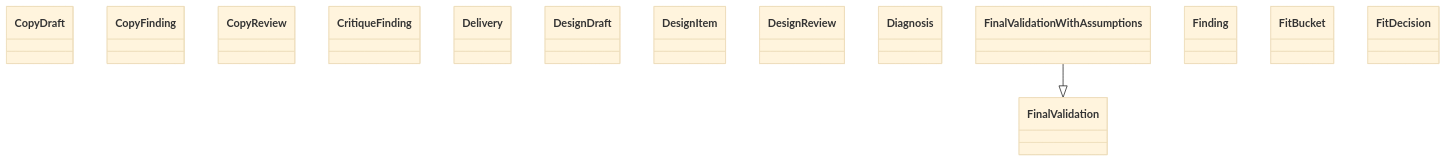
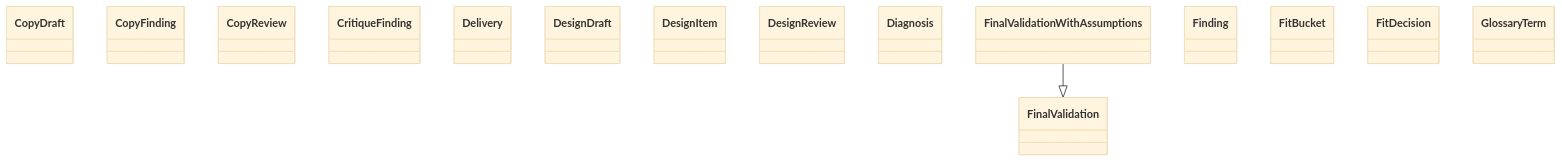
Before and after one commit to GonzaloZevallos/agentic-system: the diagram in docs/architecture/generated/classes-process-domain-roles-2.md, drawn with Mermaid (base theme). The commit also changed other lines of this file and 4 other files, not shown here.

Commit message:
Regenerate the roles class diagrams and format the schema test

````diff
--- a/docs/architecture/generated/classes-process-domain-roles-2.md
+++ b/docs/architecture/generated/classes-process-domain-roles-2.md
@@ -27,18 +27,19 @@
 ```mermaid
 classDiagram
     class schemas__CopyDraft["CopyDraft"]
     class schemas__CopyFinding["CopyFinding"]
     class schemas__CopyReview["CopyReview"]
     class schemas__CritiqueFinding["CritiqueFinding"]
     class schemas__Delivery["Delivery"]
     class schemas__DesignDraft["DesignDraft"]
     class schemas__DesignItem["DesignItem"]
     class schemas__DesignReview["DesignReview"]
     class schemas__Diagnosis["Diagnosis"]
     class schemas__FinalValidation["FinalValidation"]
     class schemas__FinalValidationWithAssumptions["FinalValidationWithAssumptions"]
     class schemas__Finding["Finding"]
     class schemas__FitBucket["FitBucket"]
     class schemas__FitDecision["FitDecision"]
+    class schemas__GlossaryTerm["GlossaryTerm"]
     schemas__FinalValidationWithAssumptions --|> schemas__FinalValidation
 ```
````
